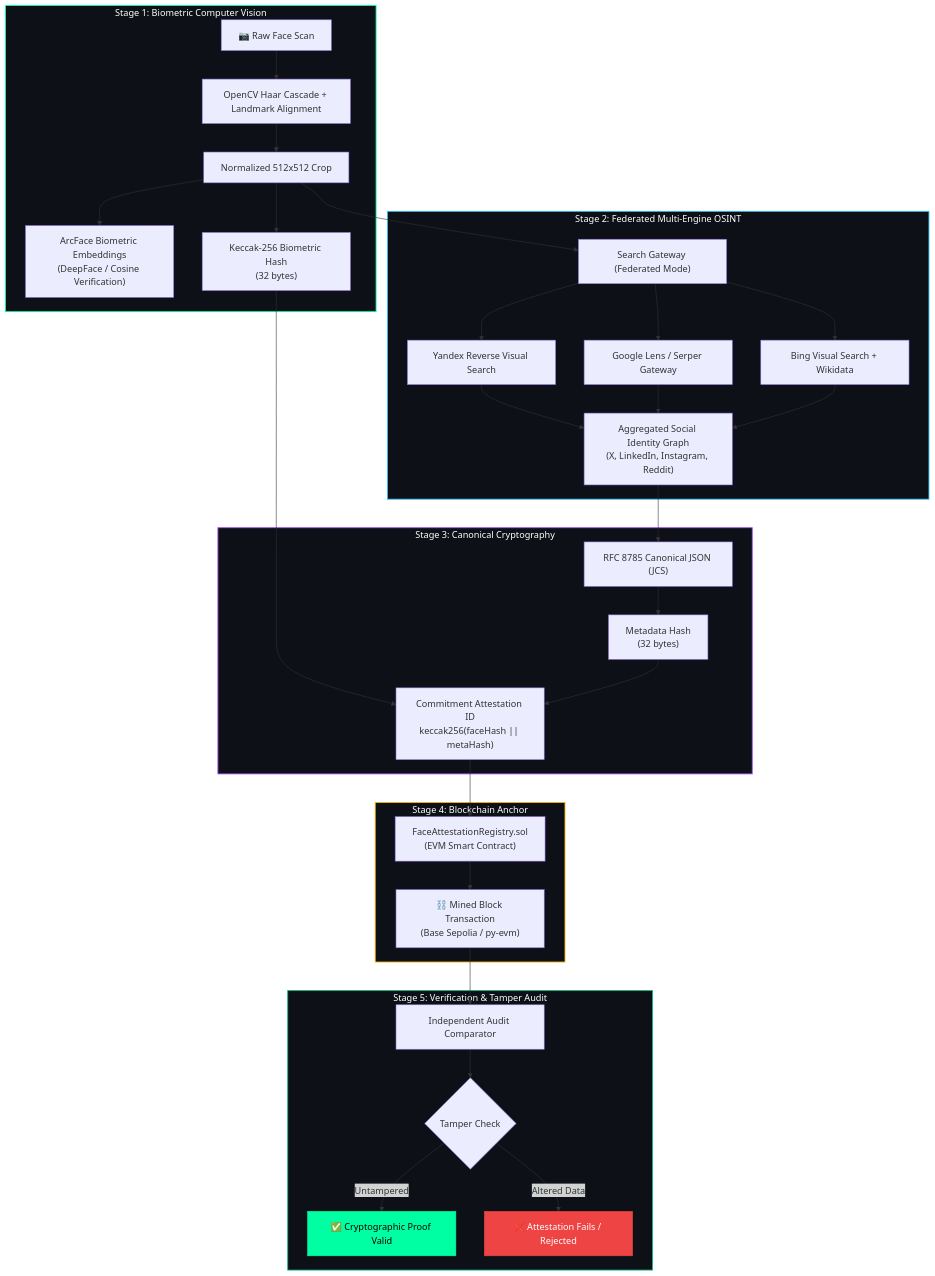
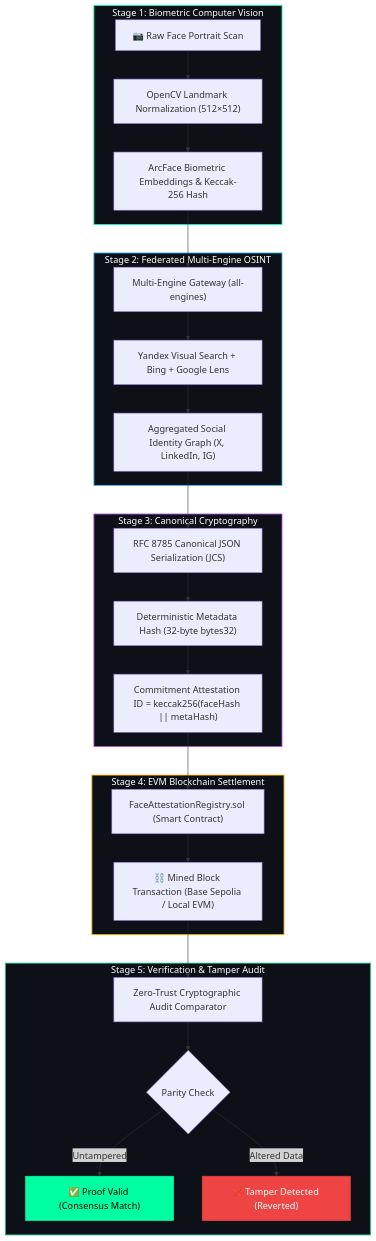
Before and after one commit to NEXUS-888/Darpan: the diagram in README.md, drawn with Mermaid.

Commit message:
fix(docs): resolve GitHub Mermaid Dagre layout rendering error in README

````diff
--- a/README.md
+++ b/README.md
@@ -36,43 +36,44 @@
 ```mermaid
 flowchart TD
     subgraph S1["Stage 1: Biometric Computer Vision"]
-        A["📷 Raw Face Scan"] --> B["OpenCV Haar Cascade + Landmark Alignment"]
-        B --> C["Normalized 512x512 Crop"]
-        C --> D["ArcFace Biometric Embeddings<br/>(DeepFace / Cosine Verification)"]
-        C --> E["Keccak-256 Biometric Hash<br/>(32 bytes)"]
+        A["📷 Raw Face Portrait Scan"] --> B["OpenCV Landmark Normalization (512×512)"]
+        B --> C["ArcFace Biometric Embeddings & Keccak-256 Hash"]
     end
 
     subgraph S2["Stage 2: Federated Multi-Engine OSINT"]
-        C --> F["Search Gateway (Federated Mode)"]
-        F --> G["Yandex Reverse Visual Search"]
-        F --> H["Google Lens / Serper Gateway"]
-        F --> I["Bing Visual Search + Wikidata"]
-        G & H & I --> J["Aggregated Social Identity Graph<br/>(X, LinkedIn, Instagram, Reddit)"]
+        D["Multi-Engine Gateway (all-engines)"]
+        D --> E["Yandex Visual Search + Bing + Google Lens"]
+        E --> F["Aggregated Social Identity Graph (X, LinkedIn, IG)"]
     end
 
     subgraph S3["Stage 3: Canonical Cryptography"]
-        J --> K["RFC 8785 Canonical JSON (JCS)"]
-        K --> L["Metadata Hash<br/>(32 bytes)"]
-        E & L --> M["Commitment Attestation ID<br/>keccak256(faceHash || metaHash)"]
+        G["RFC 8785 Canonical JSON Serialization (JCS)"]
+        G --> H["Deterministic Metadata Hash (32-byte bytes32)"]
+        H --> I["Commitment Attestation ID = keccak256(faceHash || metaHash)"]
     end
 
-    subgraph S4["Stage 4: Blockchain Anchor"]
-        M --> N["FaceAttestationRegistry.sol<br/>(EVM Smart Contract)"]
-        N --> O["⛓️ Mined Block Transaction<br/>(Base Sepolia / py-evm)"]
+    subgraph S4["Stage 4: EVM Blockchain Settlement"]
+        J["FaceAttestationRegistry.sol (Smart Contract)"]
+        J --> K["⛓️ Mined Block Transaction (Base Sepolia / Local EVM)"]
     end
 
     subgraph S5["Stage 5: Verification & Tamper Audit"]
-        O --> P["Independent Audit Comparator"]
-        P --> Q{"Tamper Check"}
-        Q -->|Untampered| R["✅ Cryptographic Proof Valid"]
-        Q -->|Altered Data| S["❌ Attestation Fails / Rejected"]
+        L["Zero-Trust Cryptographic Audit Comparator"]
+        L --> M{"Parity Check"}
+        M -->|Untampered| N["✅ Proof Valid (Consensus Match)"]
+        M -->|Altered Data| O["❌ Tamper Detected (Reverted)"]
     end
+
+    C --> D
+    F --> G
+    I --> J
+    K --> L
 
     style S1 fill:#0D1117,stroke:#00FFA3,stroke-width:1.5px,color:#fff
     style S2 fill:#0D1117,stroke:#38BDF8,stroke-width:1.5px,color:#fff
     style S3 fill:#0D1117,stroke:#A855F7,stroke-width:1.5px,color:#fff
     style S4 fill:#0D1117,stroke:#FFB800,stroke-width:1.5px,color:#fff
     style S5 fill:#0D1117,stroke:#10B981,stroke-width:1.5px,color:#fff
-    style R fill:#00FFA3,stroke:#00FFA3,color:#000
-    style S fill:#EF4444,stroke:#EF4444,color:#fff
+    style N fill:#00FFA3,stroke:#00FFA3,color:#000
+    style O fill:#EF4444,stroke:#EF4444,color:#fff
 ```
````
